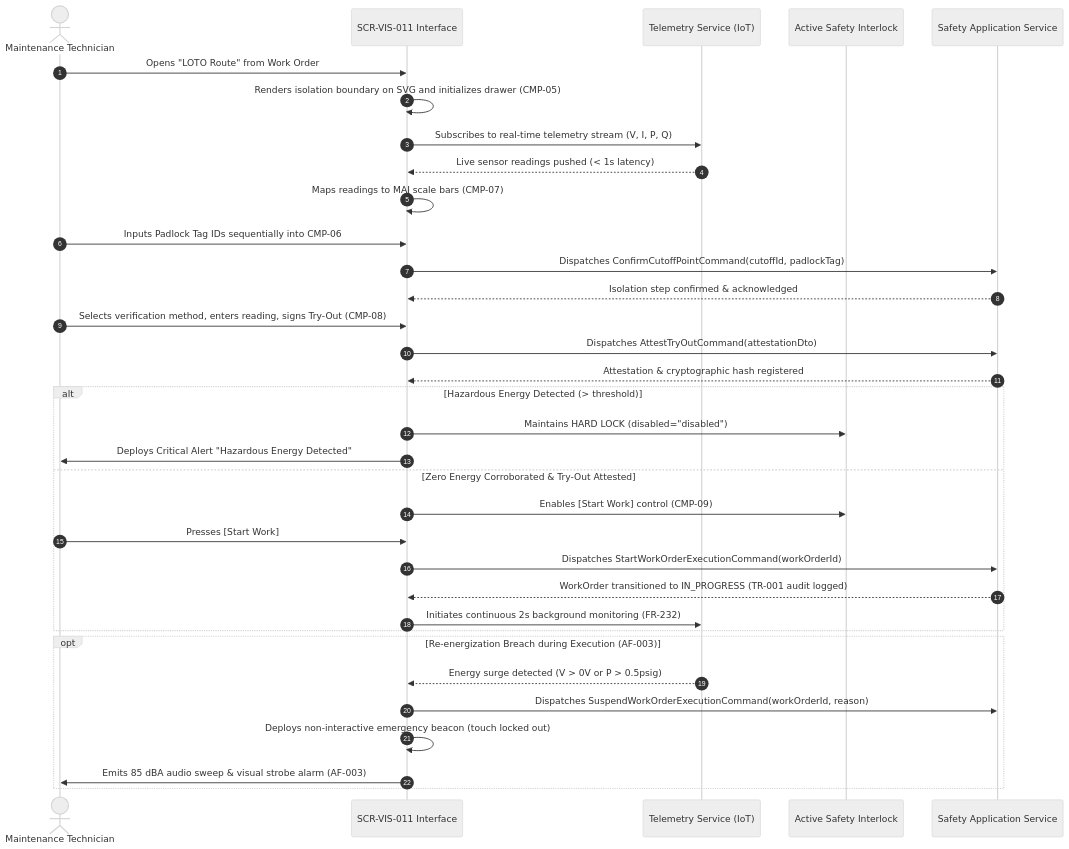
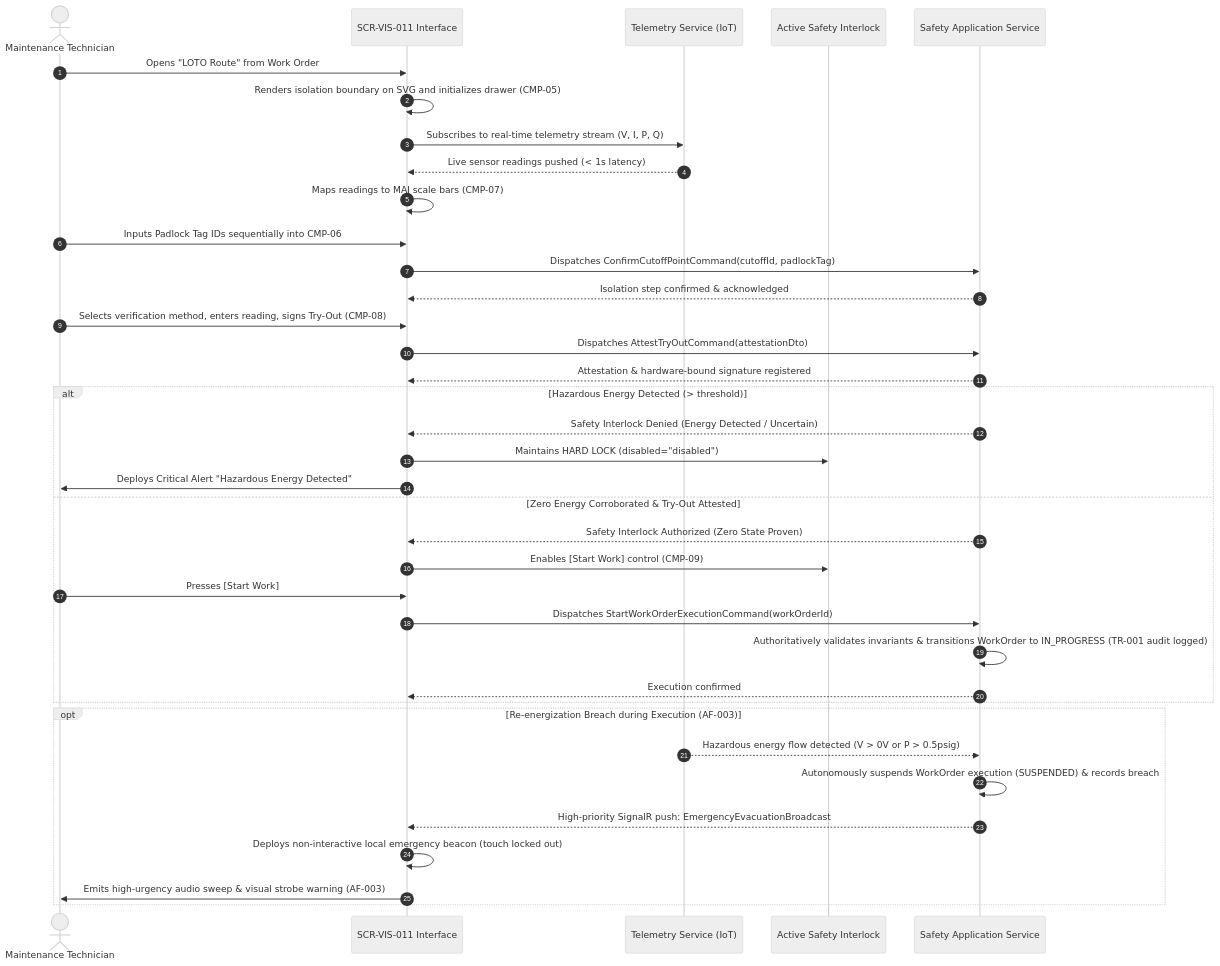
One commit to Novav20/adso-dteam-docs changed the diagram in ui-ux/screens/vis/SCR-VIS-011.md. Above: the diagram before and after it, drawn with Mermaid (neutral theme). The commit also changed other lines of this file, not shown here.

Commit message:
refactor(ui-ux): harden server-authoritative safety interlock and event orchestration in SCR-VIS-011

````diff
--- a/ui-ux/screens/vis/SCR-VIS-011.md
+++ b/ui-ux/screens/vis/SCR-VIS-011.md
@@ -86,41 +86,44 @@
 ```mermaid
 sequenceDiagram
     autonumber
     actor Tech as Maintenance Technician
     participant UI as SCR-VIS-011 Interface
     participant IoT as Telemetry Service (IoT)
     participant SEC as Active Safety Interlock
     participant API as Safety Application Service
 
     Tech->>UI: Opens "LOTO Route" from Work Order
     UI->>UI: Renders isolation boundary on SVG and initializes drawer (CMP-05)
     UI->>IoT: Subscribes to real-time telemetry stream (V, I, P, Q)
     IoT-->>UI: Live sensor readings pushed (< 1s latency)
     UI->>UI: Maps readings to MAI scale bars (CMP-07)
     
     Tech->>UI: Inputs Padlock Tag IDs sequentially into CMP-06
     UI->>API: Dispatches ConfirmCutoffPointCommand(cutoffId, padlockTag)
     API-->>UI: Isolation step confirmed & acknowledged
     
     Tech->>UI: Selects verification method, enters reading, signs Try-Out (CMP-08)
     UI->>API: Dispatches AttestTryOutCommand(attestationDto)
-    API-->>UI: Attestation & cryptographic hash registered
+    API-->>UI: Attestation & hardware-bound signature registered
     
     alt Hazardous Energy Detected (> threshold)
+        API-->>UI: Safety Interlock Denied (Energy Detected / Uncertain)
         UI->>SEC: Maintains HARD LOCK (disabled="disabled")
         UI->>Tech: Deploys Critical Alert "Hazardous Energy Detected"
     else Zero Energy Corroborated & Try-Out Attested
+        API-->>UI: Safety Interlock Authorized (Zero State Proven)
         UI->>SEC: Enables [Start Work] control (CMP-09)
         Tech->>UI: Presses [Start Work]
         UI->>API: Dispatches StartWorkOrderExecutionCommand(workOrderId)
-        API-->>UI: WorkOrder transitioned to IN_PROGRESS (TR-001 audit logged)
-        UI->>IoT: Initiates continuous 2s background monitoring (FR-232)
+        API->>API: Authoritatively validates invariants & transitions WorkOrder to IN_PROGRESS (TR-001 audit logged)
+        API-->>UI: Execution confirmed
     end
 
     opt Re-energization Breach during Execution (AF-003)
-        IoT-->>UI: Energy surge detected (V > 0V or P > 0.5psig)
-        UI->>API: Dispatches SuspendWorkOrderExecutionCommand(workOrderId, reason)
-        UI->>UI: Deploys non-interactive emergency beacon (touch locked out)
-        UI->>Tech: Emits 85 dBA audio sweep & visual strobe alarm (AF-003)
+        IoT-->>API: Hazardous energy flow detected (V > 0V or P > 0.5psig)
+        API->>API: Autonomously suspends WorkOrder execution (SUSPENDED) & records breach
+        API-->>UI: High-priority SignalR push: EmergencyEvacuationBroadcast
+        UI->>UI: Deploys non-interactive local emergency beacon (touch locked out)
+        UI->>Tech: Emits high-urgency audio sweep & visual strobe warning (AF-003)
     end
 ```
````
